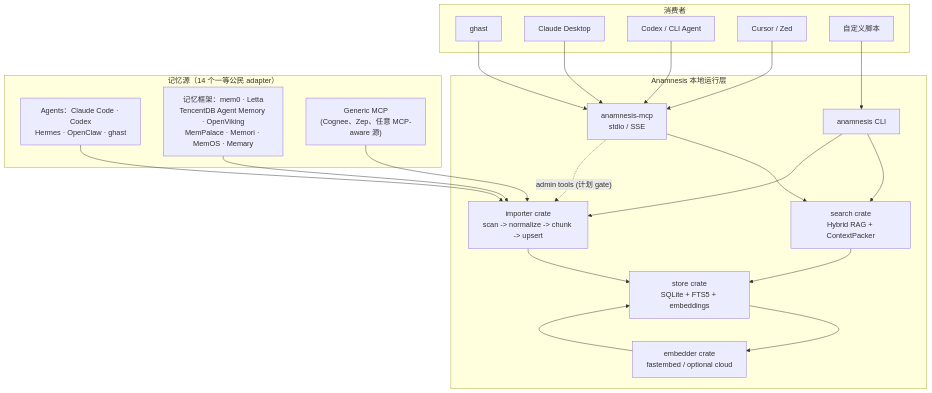
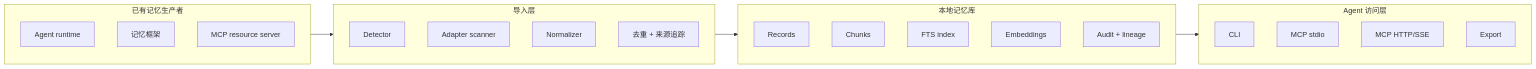
Before and after one commit to Trapezohe/Anamnesis: the first of 5 diagrams in README.zh-CN.md, drawn with Mermaid. The commit also changed other lines of this file and 27 other files, not shown here.

First line of the commit message:
docs+chore: rewrite README, drop ghast adapter, add Claude Code + Codex plugin marketplace (#78)

````diff
--- a/README.zh-CN.md
+++ b/README.zh-CN.md
@@ -153,45 +96,32 @@
 ```mermaid
-flowchart TB
-  subgraph Consumers["消费者"]
-    Ghast["ghast"]
-    ClaudeDesktop["Claude Desktop"]
-    CodexClient["Codex / CLI Agent"]
-    Cursor["Cursor / Zed"]
-    Scripts["自定义脚本"]
-  end
+flowchart LR
+    subgraph Sources["已有记忆生产者"]
+        A1["Agent runtime"]
+        A2["记忆框架"]
+        A3["MCP resource server"]
+    end
 
-  subgraph Runtime["Anamnesis 本地运行层"]
-    CLI["anamnesis CLI"]
-    MCP["anamnesis-mcp<br/>stdio / SSE"]
-    Search["search crate<br/>Hybrid RAG + ContextPacker"]
-    Importer["importer crate<br/>scan -> normalize -> chunk -> upsert"]
-    Store["store crate<br/>SQLite + FTS5 + embeddings"]
-    Embedder["embedder crate<br/>fastembed / optional cloud"]
-  end
+    subgraph ImportLayer["导入层"]
+        B1["Detector"]
+        B2["Adapter scanner"]
+        B3["Normalizer"]
+        B4["去重 + 来源追踪"]
+    end
 
-  subgraph Sources["记忆源（14 个一等公民 adapter）"]
-    Agents["Agents：Claude Code · Codex<br/>Hermes · OpenClaw · ghast"]
-    MemFW["记忆框架：mem0 · Letta<br/>TencentDB Agent Memory · OpenViking<br/>MemPalace · Memori · MemOS · Memary"]
-    GenericMCP["Generic MCP<br/>(Cognee、Zep、任意 MCP-aware 源)"]
-  end
+    subgraph Store["本地记忆库"]
+        C1["Records"]
+        C2["Chunks"]
+        C3["FTS index"]
+        C4["Embeddings"]
+        C5["Audit + lineage"]
+    end
 
-  Ghast --> MCP
-  ClaudeDesktop --> MCP
-  CodexClient --> MCP
-  Cursor --> MCP
-  Scripts --> CLI
+    subgraph Access["Agent 访问层"]
+        D1["CLI"]
+        D2["MCP stdio"]
+        D3["MCP HTTP/SSE"]
+        D4["Export"]
+    end
 
-  MCP --> Search
-  CLI --> Search
-  CLI --> Importer
-  MCP -. "admin tools (计划 gate)" .-> Importer
-
-  Importer --> Store
-  Search --> Store
-  Store --> Embedder
-  Embedder --> Store
-
-  Agents --> Importer
-  MemFW --> Importer
-  GenericMCP --> Importer
+    Sources --> ImportLayer --> Store --> Access
 ```
````
